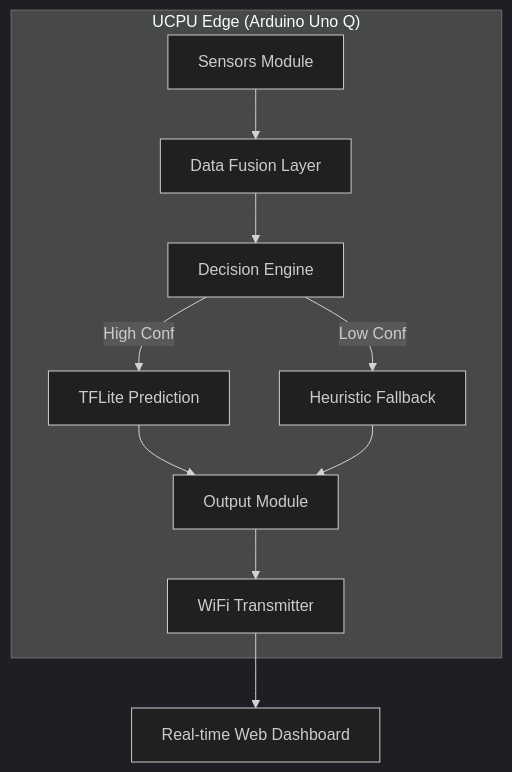
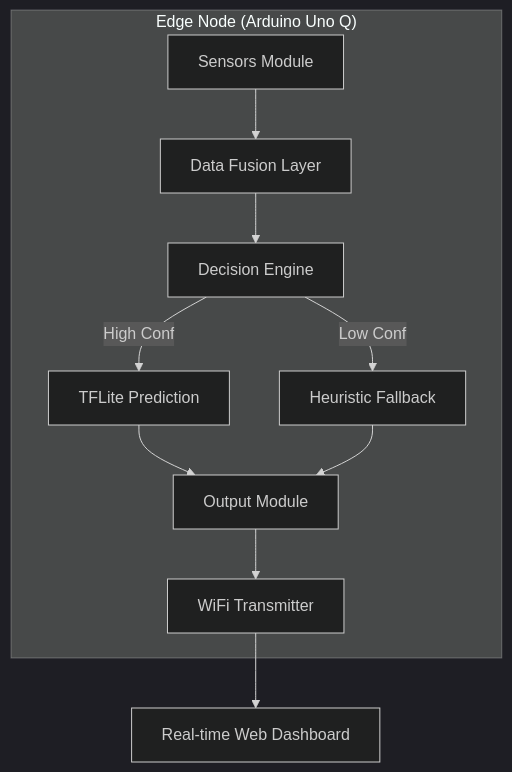
The diagram in README.md (EkagraAgarwal/UCPU), drawn with Mermaid (dark theme) before and after one commit. The commit also changed other lines of this file, not shown here.

Commit message:
docs: remove placeholder name 'UCPU' and update description

````diff
--- a/README.md
+++ b/README.md
@@ -19,13 +19,13 @@
 ```mermaid
 graph TD
-    subgraph "UCPU Edge (Arduino Uno Q)"
+    subgraph "Edge Node (Arduino Uno Q)"
         S[Sensors Module] --> DF[Data Fusion Layer]
         DF --> DE[Decision Engine]
         DE --> |High Conf| ML[TFLite Prediction]
         DE --> |Low Conf| HE[Heuristic Fallback]
         ML --> OM[Output Module]
         HE --> OM
         OM --> TX[WiFi Transmitter]
     end
     TX --> DB[Real-time Web Dashboard]
 ```
````
